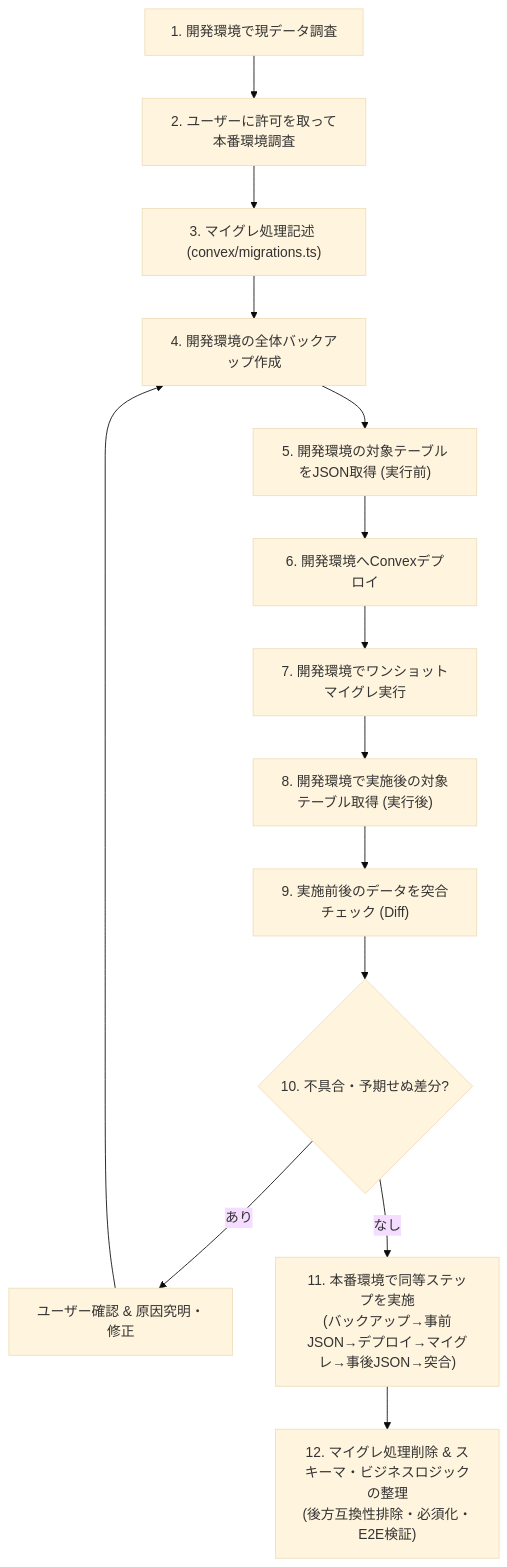
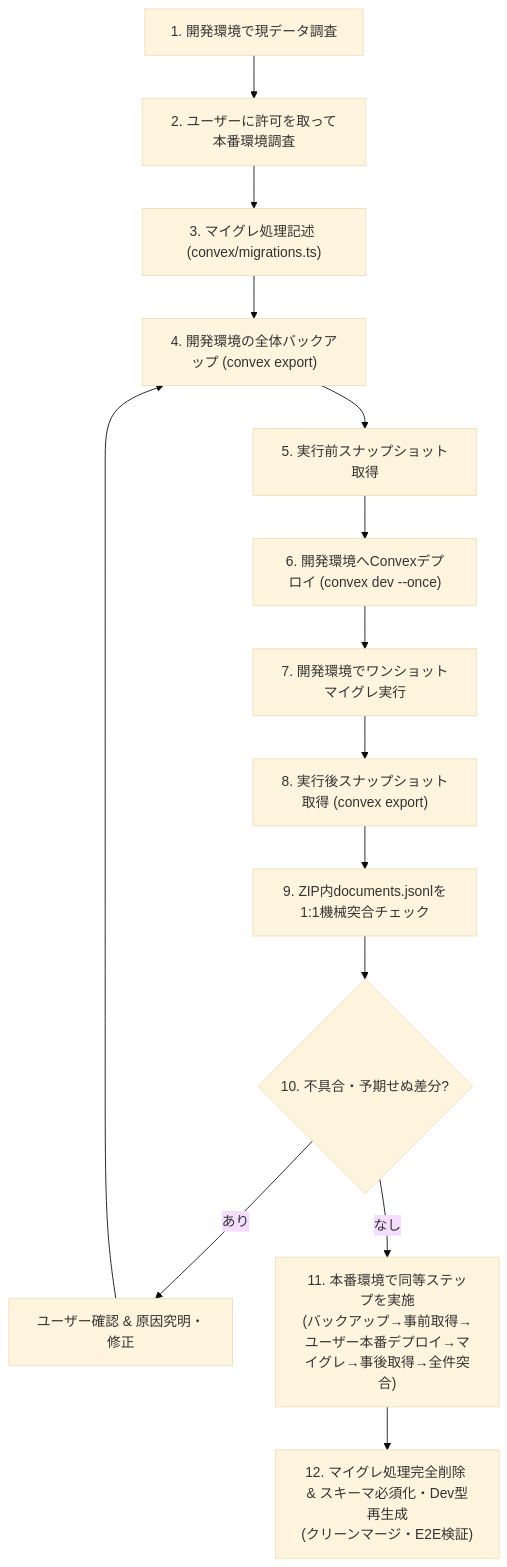
One commit to luthpg/poohma changed the diagram in .ai/workflows/one-shot-migration.md. Above: the diagram before and after it, drawn with Mermaid (base theme). The commit also changed other lines of this file and 25 other files, not shown here.

````diff
--- a/.ai/workflows/one-shot-migration.md
+++ b/.ai/workflows/one-shot-migration.md
@@ -24,15 +29,15 @@
 ```mermaid
 flowchart TD
     S1["1. 開発環境で現データ調査"] --> S2["2. ユーザーに許可を取って本番環境調査"]
     S2 --> S3["3. マイグレ処理記述 (convex/migrations.ts)"]
-    S3 --> S4["4. 開発環境の全体バックアップ作成"]
-    S4 --> S5["5. 開発環境の対象テーブルをJSON取得 (実行前)"]
-    S5 --> S6["6. 開発環境へConvexデプロイ"]
+    S4["4. 開発環境の全体バックアップ (convex export)"] --> S5["5. 実行前スナップショット取得"]
+    S3 --> S4
+    S5 --> S6["6. 開発環境へConvexデプロイ (convex dev --once)"]
     S6 --> S7["7. 開発環境でワンショットマイグレ実行"]
-    S7 --> S8["8. 開発環境で実施後の対象テーブル取得 (実行後)"]
-    S8 --> S9["9. 実施前後のデータを突合チェック (Diff)"]
+    S7 --> S8["8. 実行後スナップショット取得 (convex export)"]
+    S8 --> S9["9. ZIP内documents.jsonlを1:1機械突合チェック"]
     S9 --> S10{"10. 不具合・予期せぬ差分?"}
     S10 -- あり --> S10_Fix["ユーザー確認 & 原因究明・修正"] --> S4
-    S10 -- なし --> S11["11. 本番環境で同等ステップを実施\n(バックアップ→事前JSON→デプロイ→マイグレ→事後JSON→突合)"]
-    S11 --> S12["12. マイグレ処理削除 & スキーマ・ビジネスロジックの整理\n(後方互換性排除・必須化・E2E検証)"]
+    S10 -- なし --> S11["11. 本番環境で同等ステップを実施\n(バックアップ→事前取得→ユーザー本番デプロイ→マイグレ→事後取得→全件突合)"]
+    S11 --> S12["12. マイグレ処理完全削除 & スキーマ必須化・Dev型再生成\n(クリーンマージ・E2E検証)"]
 ```
````
